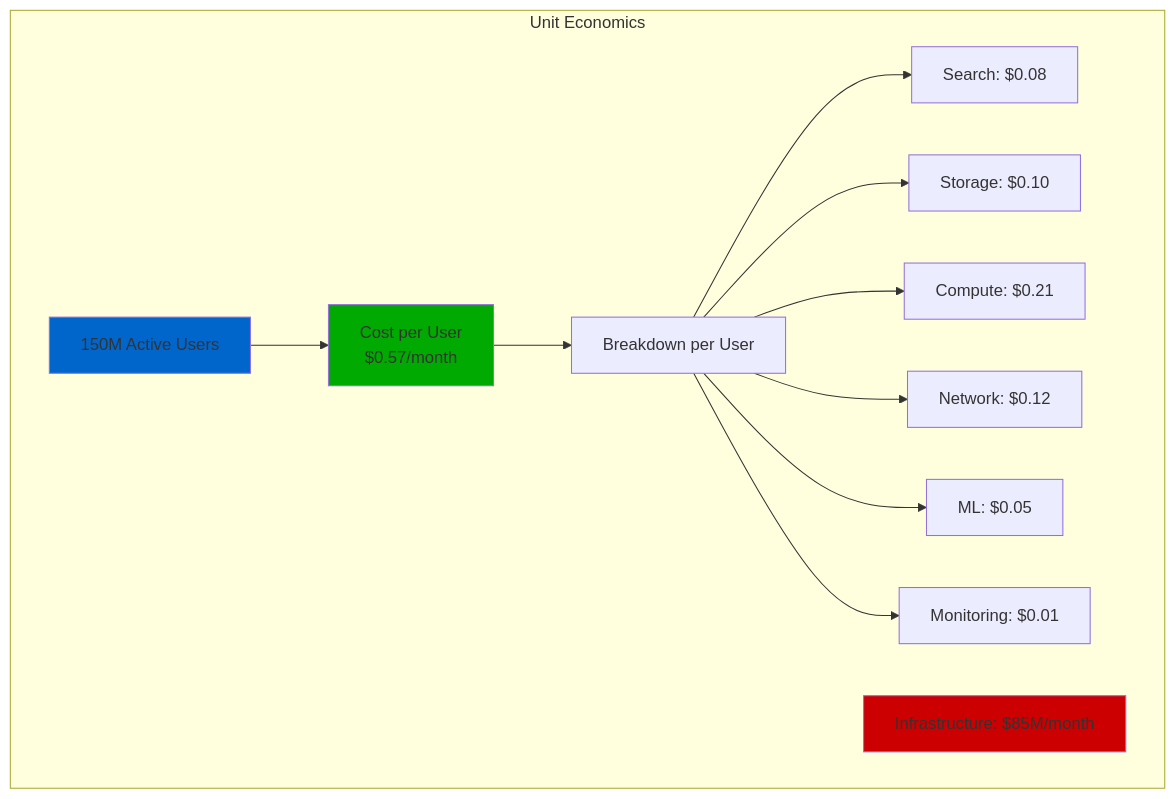
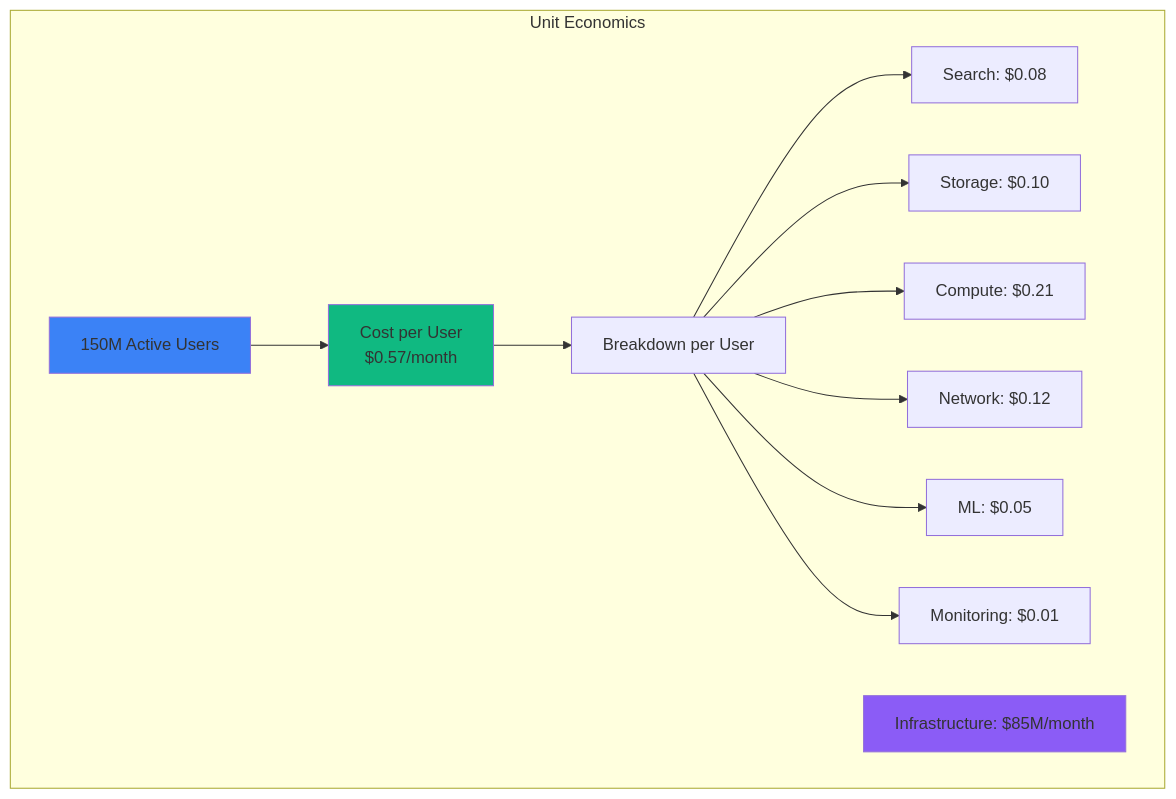
The fifth of 5 diagrams in site/docs/costs/airbnb-infrastructure-breakdown.md (deepaucksharma/DS), drawn with Mermaid before and after one commit. The commit also changed other lines of this file and 303 other files, not shown here.

````diff
--- a/site/docs/costs/airbnb-infrastructure-breakdown.md
+++ b/site/docs/costs/airbnb-infrastructure-breakdown.md
@@ -333,21 +333,21 @@
 ```mermaid
 graph TB
     subgraph "Unit Economics"
         USERS[150M Active Users]
         COST[Infrastructure: $85M/month]
 
         USERS --> UPU[Cost per User<br/>$0.57/month]
 
         UPU --> BREAKDOWN[Breakdown per User]
         BREAKDOWN --> B1[Search: $0.08]
         BREAKDOWN --> B2[Storage: $0.10]
         BREAKDOWN --> B3[Compute: $0.21]
         BREAKDOWN --> B4[Network: $0.12]
         BREAKDOWN --> B5[ML: $0.05]
         BREAKDOWN --> B6[Monitoring: $0.01]
     end
 
-    style USERS fill:#0066CC
-    style COST fill:#CC0000
-    style UPU fill:#00AA00
+    style USERS fill:#3B82F6
+    style COST fill:#8B5CF6
+    style UPU fill:#10B981
 ```
````
